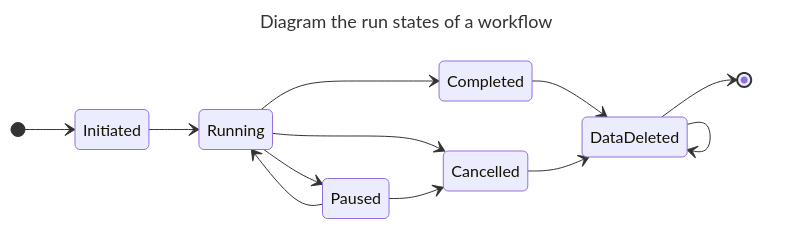
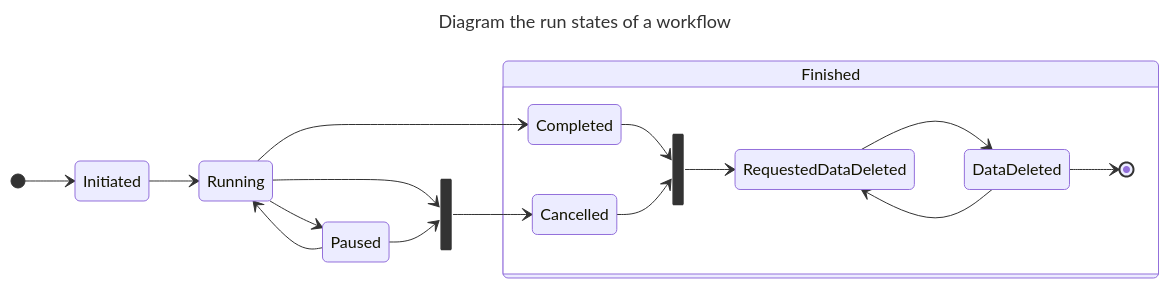
The diagram in runstate.md (luno/workflow), drawn with Mermaid before and after one commit. The commit also changed 17 other files, not shown here.

````diff
--- a/runstate.md
+++ b/runstate.md
@@ -1,24 +1,33 @@
 ```mermaid
 ---
 title: Diagram the run states of a workflow
 ---
 stateDiagram-v2
 	direction LR
     
 	[*]-->Initiated
 
     Initiated-->Running
     
     Running-->Completed
     Running-->Paused
-    Running-->Cancelled
 
     Paused-->Running
-    Paused-->Cancelled
     
-    Completed-->DataDeleted
-    Cancelled-->DataDeleted
+    state join_state_1 <<join>>
+    Running --> join_state_1
+    Paused --> join_state_1
+    join_state_1 --> Cancelled
+    
+    state Finished {
+        state join_state_2 <<join>>
+        Completed --> join_state_2
+        Cancelled --> join_state_2
+        join_state_2 --> RequestedDataDeleted
+            
 
-    DataDeleted-->DataDeleted
-    DataDeleted-->[*]
+        DataDeleted-->RequestedDataDeleted
+        RequestedDataDeleted-->DataDeleted
+        DataDeleted-->[*]
+    }
 ```
````
